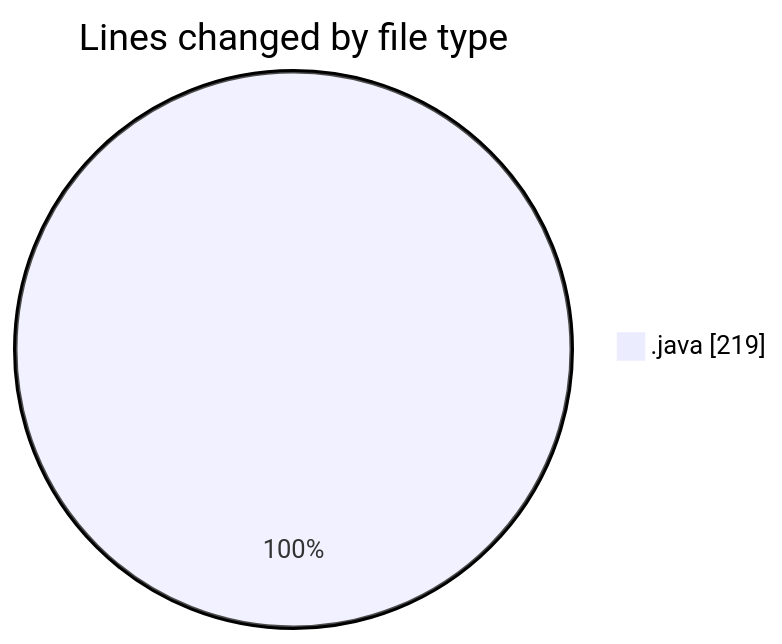
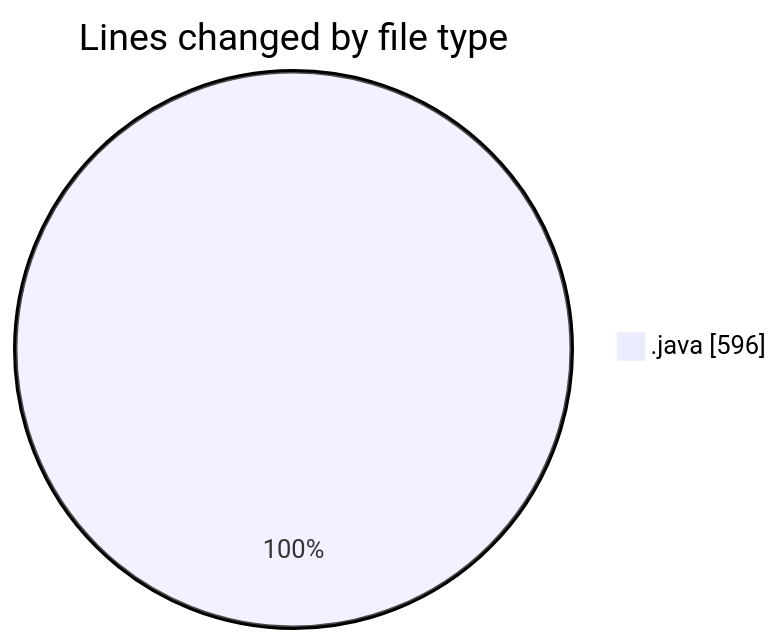
Before and after one commit to charlie-sans/code-tracking: the first of 2 diagrams in 2025-02-22/micros/README.md, drawn with Mermaid. The commit also changed other lines of this file and 1 other file, not shown here.

````diff
--- a/2025-02-22/micros/README.md
+++ b/2025-02-22/micros/README.md
@@ -21,5 +22,5 @@
 ```mermaid
 pie showData
 title Lines changed by file type
-".java" : 219
+".java" : 596
 ```
````
